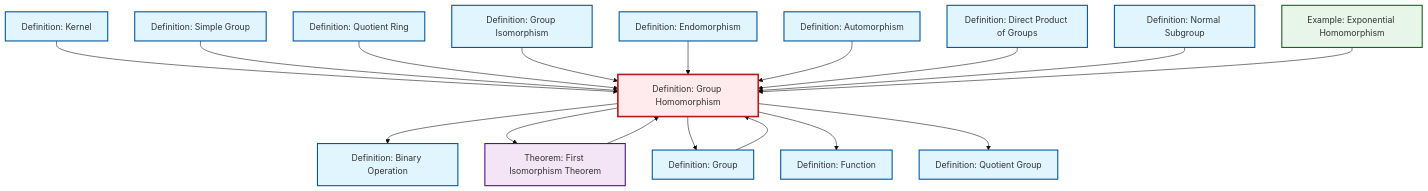
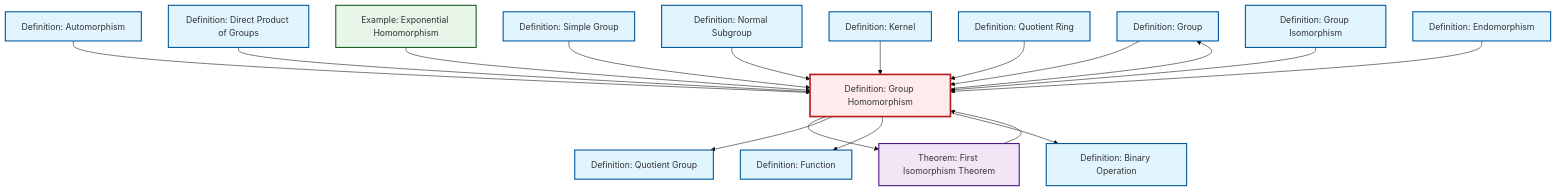
Before and after one commit to RK0429/ModernMath: the diagram in content/ja/algebra/def-homomorphism.qmd, drawn with Mermaid (base theme). The commit also changed other lines of this file and 634 other files, not shown here.

````diff
--- a/content/ja/algebra/def-homomorphism.qmd
+++ b/content/ja/algebra/def-homomorphism.qmd
@@ -66,55 +66,55 @@
 ```{mermaid}
 %%| fig-cap: "Local dependency graph"
 graph TD
     classDef definition fill:#e1f5fe,stroke:#01579b,stroke-width:2px
     classDef theorem fill:#f3e5f5,stroke:#4a148c,stroke-width:2px
     classDef axiom fill:#fff3e0,stroke:#e65100,stroke-width:2px
     classDef example fill:#e8f5e9,stroke:#1b5e20,stroke-width:2px
     classDef current fill:#ffebee,stroke:#b71c1c,stroke-width:3px
+    def-group["Definition: Group"]:::definition
+    def-quotient-ring["Definition: Quotient Ring"]:::definition
     def-binary-operation["Definition: Binary Operation"]:::definition
+    def-simple-group["Definition: Simple Group"]:::definition
+    def-quotient-group["Definition: Quotient Group"]:::definition
+    def-endomorphism["Definition: Endomorphism"]:::definition
     def-normal-subgroup["Definition: Normal Subgroup"]:::definition
-    def-group["Definition: Group"]:::definition
+    def-isomorphism["Definition: Group Isomorphism"]:::definition
+    def-direct-product["Definition: Direct Product of Groups"]:::definition
+    def-function["Definition: Function"]:::definition
+    ex-exponential-homomorphism["Example: Exponential Homomorphism"]:::example
+    def-automorphism["Definition: Automorphism"]:::definition
+    def-homomorphism["Definition: Group Homomorphism"]:::definition
     def-kernel["Definition: Kernel"]:::definition
-    def-simple-group["Definition: Simple Group"]:::definition
     thm-first-isomorphism["Theorem: First Isomorphism Theorem"]:::theorem
-    def-quotient-group["Definition: Quotient Group"]:::definition
-    ex-exponential-homomorphism["Example: Exponential Homomorphism"]:::example
-    def-isomorphism["Definition: Group Isomorphism"]:::definition
-    def-automorphism["Definition: Automorphism"]:::definition
-    def-quotient-ring["Definition: Quotient Ring"]:::definition
-    def-homomorphism["Definition: Group Homomorphism"]:::definition
-    def-endomorphism["Definition: Endomorphism"]:::definition
-    def-function["Definition: Function"]:::definition
-    def-direct-product["Definition: Direct Product of Groups"]:::definition
-    def-homomorphism --> def-binary-operation
+    def-homomorphism --> def-group
     def-homomorphism --> thm-first-isomorphism
-    def-kernel --> def-homomorphism
-    def-group --> def-homomorphism
-    def-simple-group --> def-homomorphism
-    def-quotient-ring --> def-homomorphism
-    def-homomorphism --> def-group
-    def-isomorphism --> def-homomorphism
-    def-homomorphism --> def-function
-    def-endomorphism --> def-homomorphism
     def-automorphism --> def-homomorphism
     def-direct-product --> def-homomorphism
+    def-homomorphism --> def-quotient-group
+    def-homomorphism --> def-function
+    ex-exponential-homomorphism --> def-homomorphism
+    def-simple-group --> def-homomorphism
     def-normal-subgroup --> def-homomorphism
-    def-homomorphism --> def-quotient-group
-    ex-exponential-homomorphism --> def-homomorphism
+    def-group --> def-homomorphism
+    def-kernel --> def-homomorphism
+    def-quotient-ring --> def-homomorphism
+    def-isomorphism --> def-homomorphism
+    def-homomorphism --> def-binary-operation
+    def-endomorphism --> def-homomorphism
     thm-first-isomorphism --> def-homomorphism
     class def-homomorphism current
+    click def-group "def-group.html" "Definition: Groupへ"
+    click def-quotient-ring "def-quotient-ring.html" "Definition: Quotient Ringへ"
     click def-binary-operation "def-binary-operation.html" "Definition: Binary Operationへ"
+    click def-simple-group "def-simple-group.html" "Definition: Simple Groupへ"
+    click def-quotient-group "def-quotient-group.html" "Definition: Quotient Groupへ"
+    click def-endomorphism "def-endomorphism.html" "Definition: Endomorphismへ"
     click def-normal-subgroup "def-normal-subgroup.html" "Definition: Normal Subgroupへ"
-    click def-group "def-group.html" "Definition: Groupへ"
+    click def-isomorphism "def-isomorphism.html" "Definition: Group Isomorphismへ"
+    click def-direct-product "def-direct-product.html" "Definition: Direct Product of Groupsへ"
+    click def-function "def-function.html" "Definition: Functionへ"
+    click ex-exponential-homomorphism "ex-exponential-homomorphism.html" "Example: Exponential Homomorphismへ"
+    click def-automorphism "def-automorphism.html" "Definition: Automorphismへ"
     click def-kernel "def-kernel.html" "Definition: Kernelへ"
-    click def-simple-group "def-simple-group.html" "Definition: Simple Groupへ"
     click thm-first-isomorphism "thm-first-isomorphism.html" "Theorem: First Isomorphism Theoremへ"
-    click def-quotient-group "def-quotient-group.html" "Definition: Quotient Groupへ"
-    click ex-exponential-homomorphism "ex-exponential-homomorphism.html" "Example: Exponential Homomorphismへ"
-    click def-isomorphism "def-isomorphism.html" "Definition: Group Isomorphismへ"
-    click def-automorphism "def-automorphism.html" "Definition: Automorphismへ"
-    click def-quotient-ring "def-quotient-ring.html" "Definition: Quotient Ringへ"
-    click def-endomorphism "def-endomorphism.html" "Definition: Endomorphismへ"
-    click def-function "def-function.html" "Definition: Functionへ"
-    click def-direct-product "def-direct-product.html" "Definition: Direct Product of Groupsへ"
 ```
````
